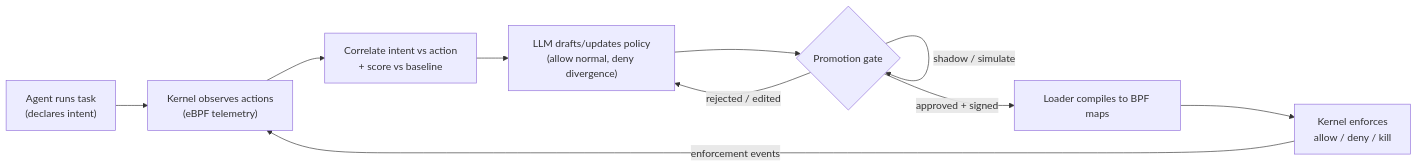
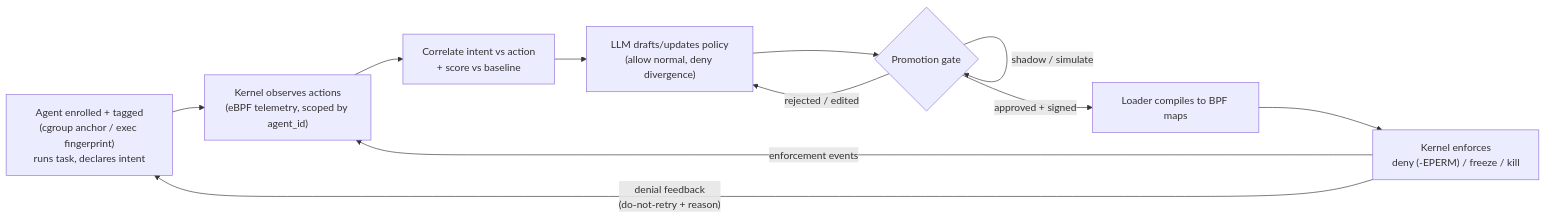
One commit to gr8pr1/ai-agent-validator changed the second of 3 diagrams in architecture.md. Above: the diagram before and after it, drawn with Mermaid. The commit also changed other lines of this file and 1 other file, not shown here.

First line of the commit message:
docs: resolve D1 (hybrid enrollment), add denial-feedback channel

````diff
--- a/architecture.md
+++ b/architecture.md
@@ -259,12 +364,13 @@
 ```mermaid
 flowchart LR
-    A["Agent runs task\n(declares intent)"] --> B["Kernel observes actions\n(eBPF telemetry)"]
+    A["Agent enrolled + tagged\n(cgroup anchor / exec fingerprint)\nruns task, declares intent"] --> B["Kernel observes actions\n(eBPF telemetry, scoped by agent_id)"]
     B --> C["Correlate intent vs action\n+ score vs baseline"]
     C --> D["LLM drafts/updates policy\n(allow normal, deny divergence)"]
     D --> E{"Promotion gate"}
     E -->|"shadow / simulate"| E
     E -->|"approved + signed"| F["Loader compiles to BPF maps"]
-    F --> G["Kernel enforces\nallow / deny / kill"]
+    F --> G["Kernel enforces\ndeny (-EPERM) / freeze / kill"]
     G -->|"enforcement events"| B
+    G -->|"denial feedback\n(do-not-retry + reason)"| A
     E -->|"rejected / edited"| D
 ```
````
